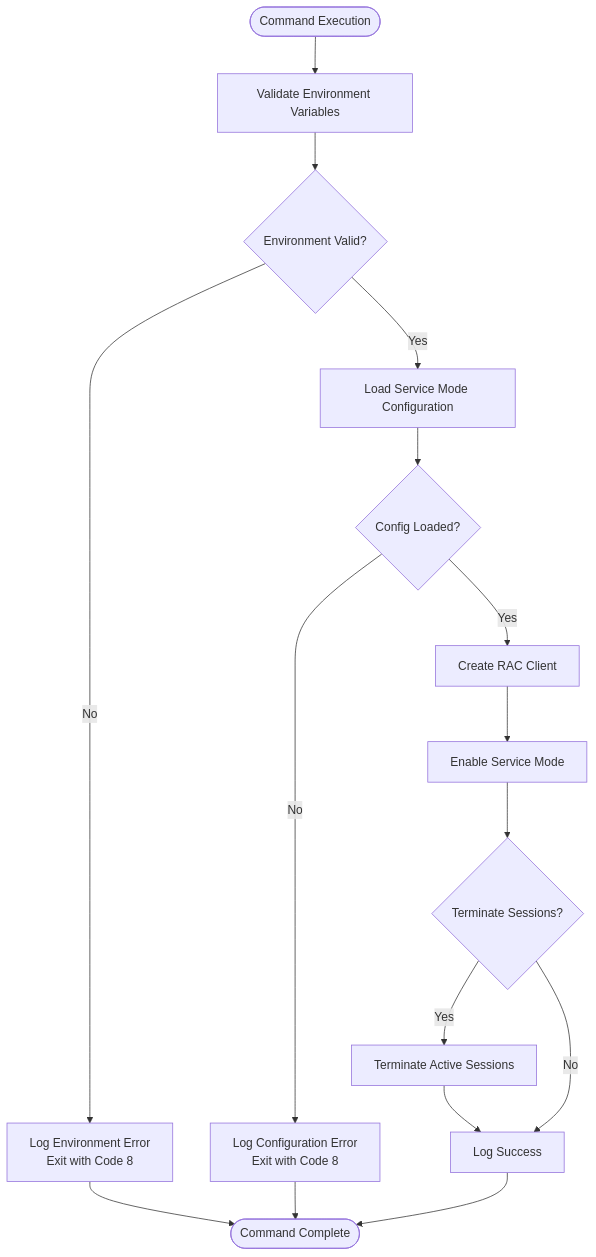
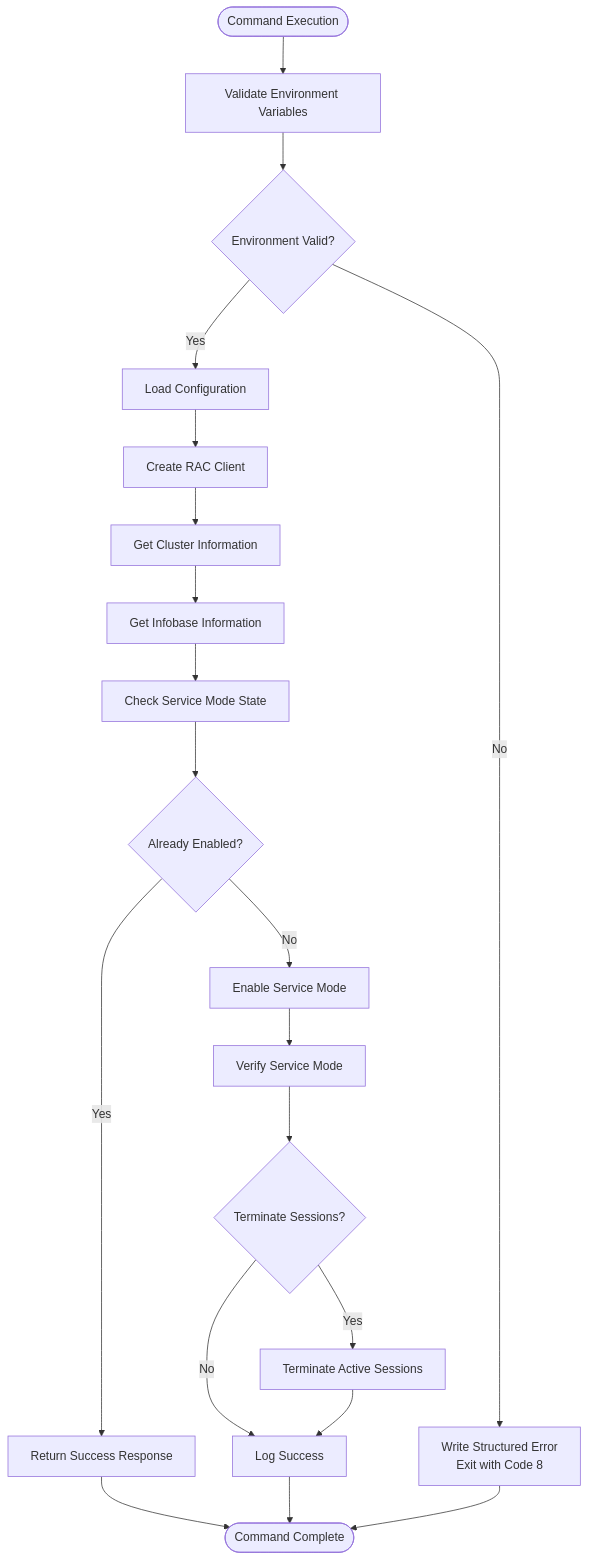
One commit to Kargones/apk-ci changed the first of 3 diagrams in .qoder/repowiki/en/content/Command Reference/Service Mode Commands/Enable Service Mode.md. Above: the diagram before and after it, drawn with Mermaid. The commit also changed other lines of this file and 2036 other files, not shown here.

````diff
--- a/.qoder/repowiki/en/content/Command Reference/Service Mode Commands/Enable Service Mode.md
+++ b/.qoder/repowiki/en/content/Command Reference/Service Mode Commands/Enable Service Mode.md
@@ -52,18 +62,22 @@
 ```mermaid
 flowchart TD
 Start([Command Execution]) --> ValidateEnv["Validate Environment Variables"]
 ValidateEnv --> EnvValid{"Environment Valid?"}
-EnvValid --> |No| EnvError["Log Environment Error<br/>Exit with Code 8"]
-EnvValid --> |Yes| LoadConfig["Load Service Mode Configuration"]
-LoadConfig --> ConfigLoaded{"Config Loaded?"}
-ConfigLoaded --> |No| ConfigError["Log Configuration Error<br/>Exit with Code 8"]
-ConfigLoaded --> |Yes| CreateClient["Create RAC Client"]
-CreateClient --> EnableMode["Enable Service Mode"]
-EnableMode --> SessionsTerm{"Terminate Sessions?"}
+EnvValid --> |No| EnvError["Write Structured Error<br/>Exit with Code 8"]
+EnvValid --> |Yes| LoadConfig["Load Configuration"]
+LoadConfig --> CreateClient["Create RAC Client"]
+CreateClient --> GetCluster["Get Cluster Information"]
+GetCluster --> GetInfobase["Get Infobase Information"]
+GetInfobase --> CheckState["Check Service Mode State"]
+CheckState --> AlreadyEnabled{"Already Enabled?"}
+AlreadyEnabled --> |Yes| ReturnSuccess["Return Success Response"]
+AlreadyEnabled --> |No| EnableMode["Enable Service Mode"]
+EnableMode --> VerifyMode["Verify Service Mode"]
+VerifyMode --> SessionsTerm{"Terminate Sessions?"}
 SessionsTerm --> |Yes| TermSessions["Terminate Active Sessions"]
 SessionsTerm --> |No| LogSuccess["Log Success"]
 TermSessions --> LogSuccess
-LogSuccess --> End([Command Complete])
+ReturnSuccess --> End([Command Complete])
+LogSuccess --> End
 EnvError --> End
-ConfigError --> End
 ```
````
